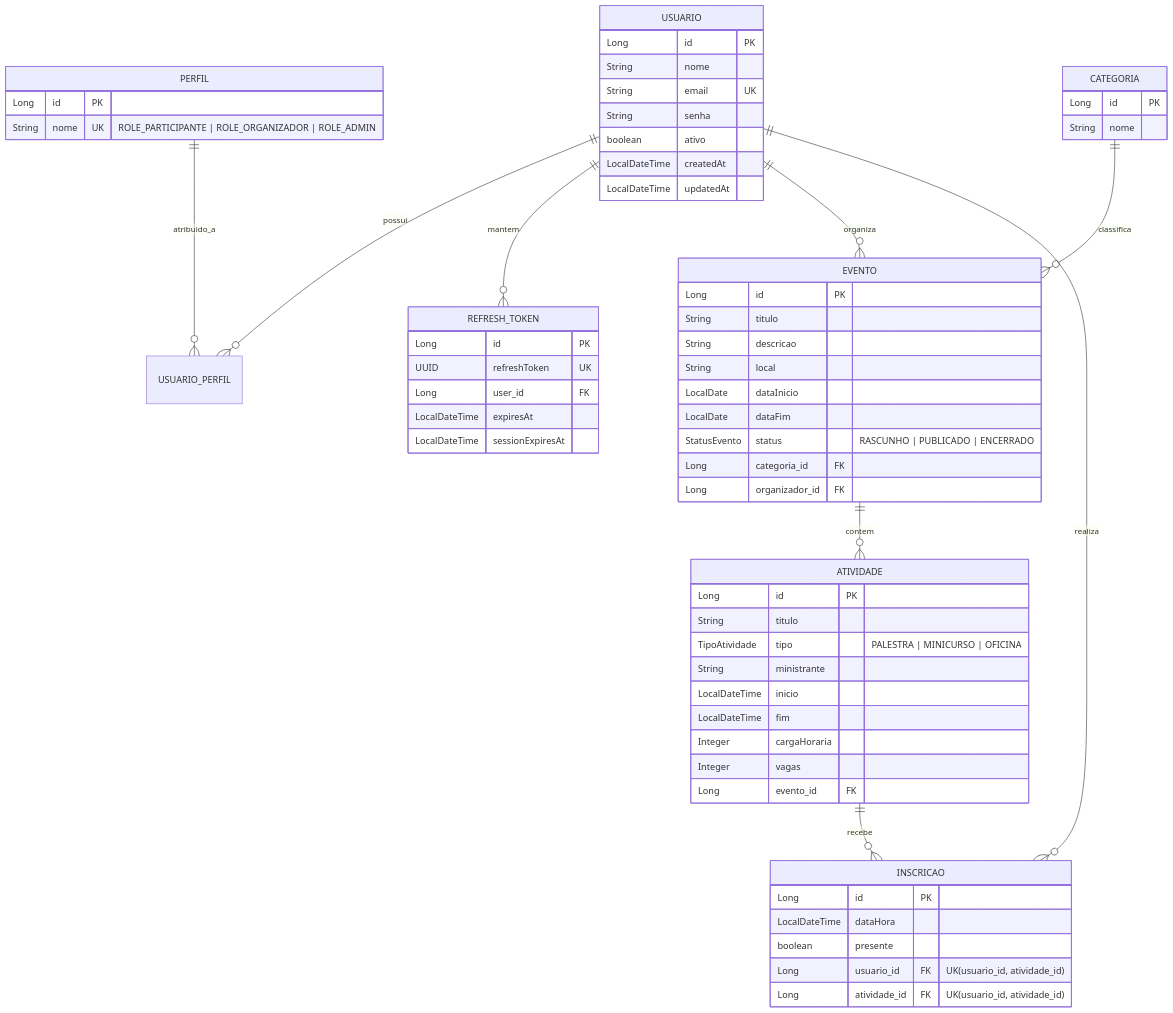
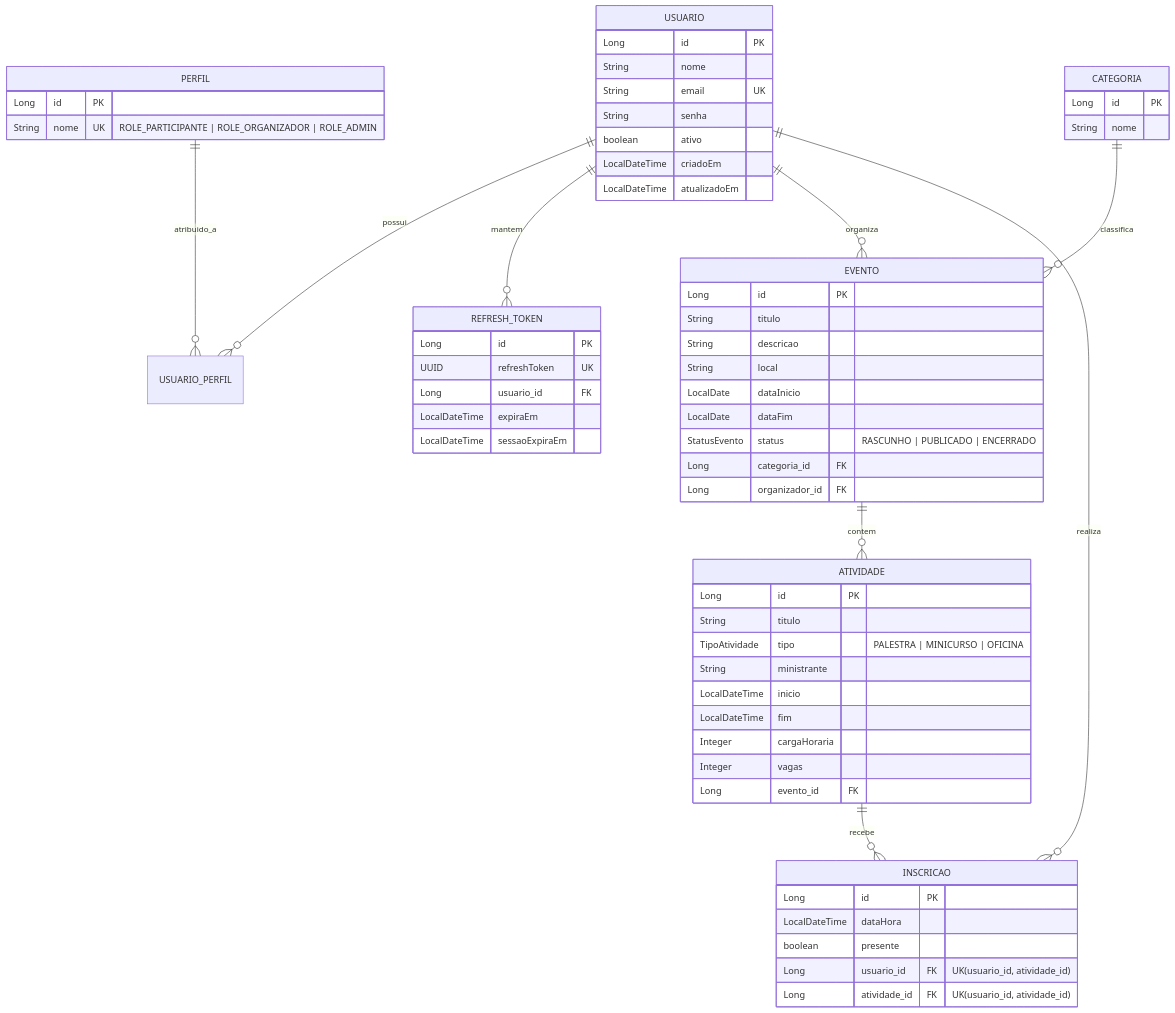
One commit to Mateus-Rocha1/EventIF changed the diagram in docs/arquitetura.md. Above: the diagram before and after it, drawn with Mermaid. The commit also changed 14 other files, not shown here.

````diff
--- a/docs/arquitetura.md
+++ b/docs/arquitetura.md
@@ -52,71 +52,71 @@
 ```mermaid
 erDiagram
     USUARIO ||--o{ USUARIO_PERFIL : possui
     PERFIL ||--o{ USUARIO_PERFIL : atribuido_a
     USUARIO ||--o{ REFRESH_TOKEN : mantem
     CATEGORIA ||--o{ EVENTO : classifica
     USUARIO ||--o{ EVENTO : organiza
     EVENTO ||--o{ ATIVIDADE : contem
     USUARIO ||--o{ INSCRICAO : realiza
     ATIVIDADE ||--o{ INSCRICAO : recebe
 
     USUARIO {
         Long id PK
         String nome
         String email UK
         String senha
         boolean ativo
-        LocalDateTime createdAt
-        LocalDateTime updatedAt
+        LocalDateTime criadoEm
+        LocalDateTime atualizadoEm
     }
 
     PERFIL {
         Long id PK
         String nome UK "ROLE_PARTICIPANTE | ROLE_ORGANIZADOR | ROLE_ADMIN"
     }
 
     CATEGORIA {
         Long id PK
         String nome
     }
 
     EVENTO {
         Long id PK
         String titulo
         String descricao
         String local
         LocalDate dataInicio
         LocalDate dataFim
         StatusEvento status "RASCUNHO | PUBLICADO | ENCERRADO"
         Long categoria_id FK
         Long organizador_id FK
     }
 
     ATIVIDADE {
         Long id PK
         String titulo
         TipoAtividade tipo "PALESTRA | MINICURSO | OFICINA"
         String ministrante
         LocalDateTime inicio
         LocalDateTime fim
         Integer cargaHoraria
         Integer vagas
         Long evento_id FK
     }
 
     INSCRICAO {
         Long id PK
         LocalDateTime dataHora
         boolean presente
         Long usuario_id FK "UK(usuario_id, atividade_id)"
         Long atividade_id FK "UK(usuario_id, atividade_id)"
     }
 
     REFRESH_TOKEN {
         Long id PK
         UUID refreshToken UK
-        Long user_id FK
-        LocalDateTime expiresAt
-        LocalDateTime sessionExpiresAt
+        Long usuario_id FK
+        LocalDateTime expiraEm
+        LocalDateTime sessaoExpiraEm
     }
 ```
````
